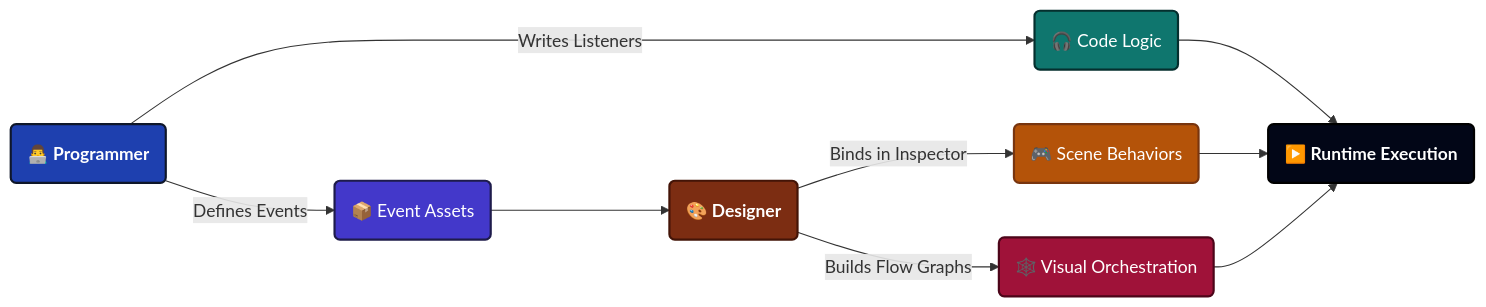
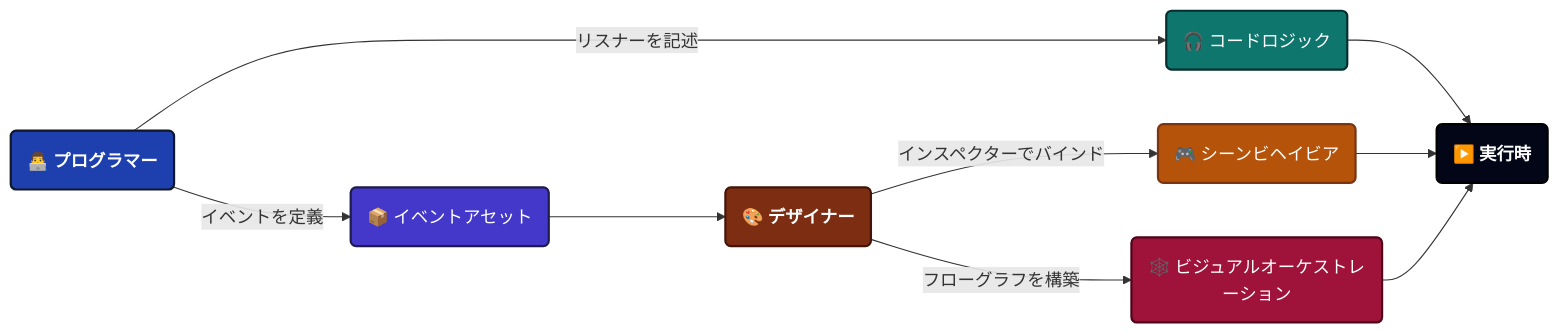
The diagram in i18n/ja/docusaurus-plugin-content-docs/current/game-event-system/intro/overview.md (tinygiants-tech/TinyGiants), drawn with Mermaid before and after one commit. The commit also changed other lines of this file and 81 other files, not shown here.

````diff
--- a/i18n/ja/docusaurus-plugin-content-docs/current/game-event-system/intro/overview.md
+++ b/i18n/ja/docusaurus-plugin-content-docs/current/game-event-system/intro/overview.md
@@ -58,32 +57,32 @@
 ```mermaid
 graph LR
 
     classDef programmer fill:#1e40af,stroke:#0f172a,stroke-width:2px,color:#ffffff,font-weight:bold
     classDef asset fill:#4338ca,stroke:#1e1b4b,stroke-width:2px,color:#ffffff
     classDef code fill:#0f766e,stroke:#042f2e,stroke-width:2px,color:#ffffff
     classDef designer fill:#7c2d12,stroke:#431407,stroke-width:2px,color:#ffffff,font-weight:bold
     classDef scene fill:#b45309,stroke:#78350f,stroke-width:2px,color:#ffffff
     classDef visual fill:#9f1239,stroke:#4c0519,stroke-width:2px,color:#ffffff
     classDef runtime fill:#020617,stroke:#000000,stroke-width:2px,color:#ffffff,font-weight:bold
 
-    A(👨‍💻 Programmer):::programmer
-    B(📦 Event Assets):::asset
-    C(🎧 Code Logic):::code
+    A(👨‍💻 プログラマー):::programmer
+    B(📦 イベントアセット):::asset
+    C(🎧 コードロジック):::code
 
-    D(🎨 Designer):::designer
-    E(🎮 Scene Behaviors):::scene
-    F(🕸️ Visual Orchestration):::visual
+    D(🎨 デザイナー):::designer
+    E(🎮 シーンビヘイビア):::scene
+    F(🕸️ ビジュアルオーケストレーション):::visual
 
-    G(▶️ Runtime Execution):::runtime
+    G(▶️ 実行時):::runtime
 
-    A -->|Defines Events| B
-    A -->|Writes Listeners| C
+    A -->|イベントを定義| B
+    A -->|リスナーを記述| C
 
     B --> D
-    D -->|Binds in Inspector| E
-    D -->|Builds Flow Graphs| F
+    D -->|インスペクターでバインド| E
+    D -->|フローグラフを構築| F
 
     C --> G
     E --> G
     F --> G
 ```
````
